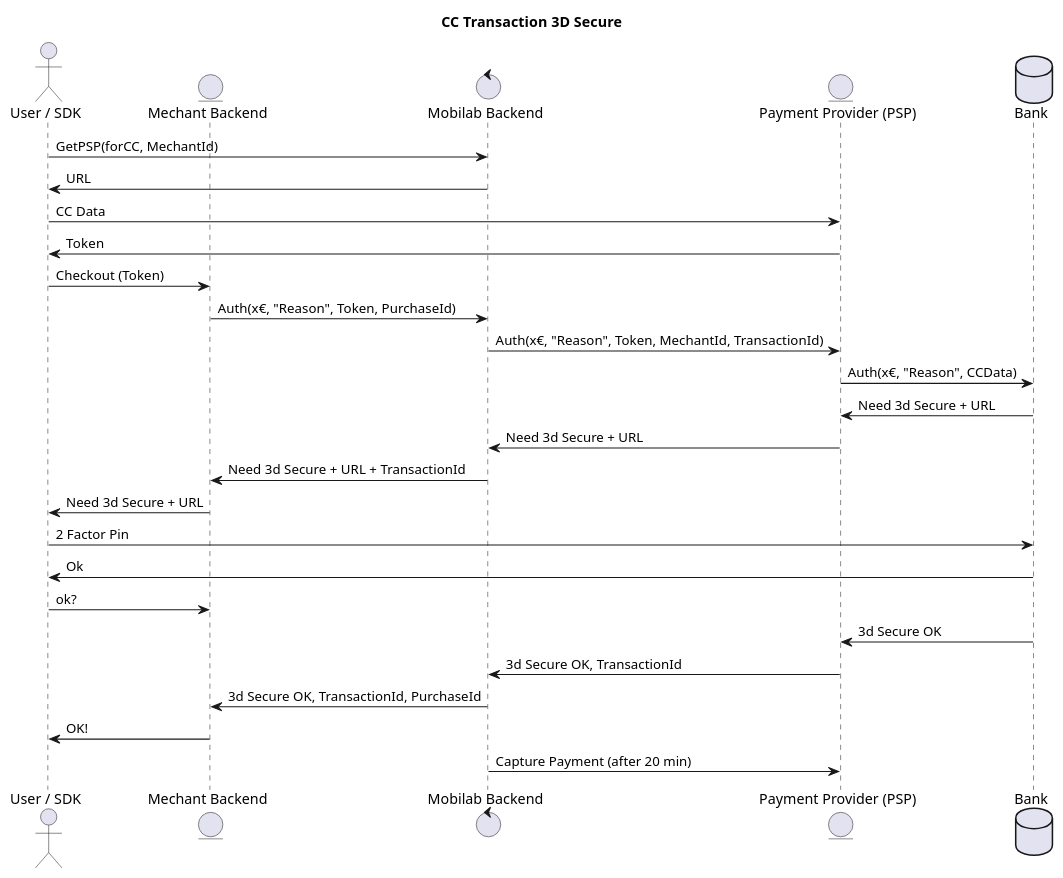
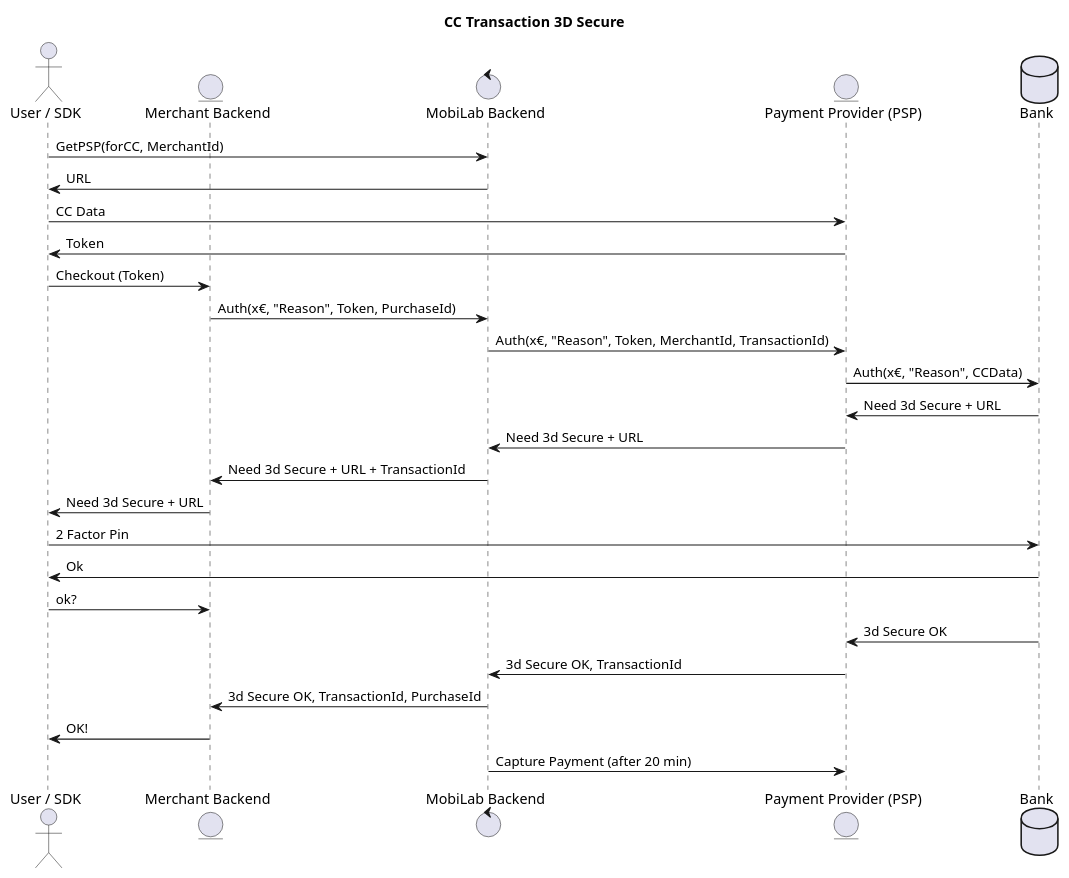
The diagram in diagrams/cc_transaction_3d.wsd (mobilabsolutions/stash-sdk-wiki), drawn with PlantUML before and after one commit. The commit also changed 13 other files, not shown here.

```diff
--- a/diagrams/cc_transaction_3d.wsd
+++ b/diagrams/cc_transaction_3d.wsd
@@ -1,38 +1,38 @@
 @startuml
 
 title "CC Transaction 3D Secure"
 
 actor "User / SDK" as User
-entity "Mechant Backend" as MEC
-control "Mobilab Backend" as MBE
+entity "Merchant Backend" as MEC
+control "MobiLab Backend" as MBE
 entity "Payment Provider (PSP)" as PSP
 database "Bank" 
 
-User -> MBE: GetPSP(forCC, MechantId)
+User -> MBE: GetPSP(forCC, MerchantId)
 MBE -> User: URL
 
 User -> PSP: CC Data
 PSP -> User: Token
 
 User -> MEC: Checkout (Token)
 MEC -> MBE: Auth(x€, "Reason", Token, PurchaseId)
-MBE -> PSP: Auth(x€, "Reason", Token, MechantId, TransactionId)
+MBE -> PSP: Auth(x€, "Reason", Token, MerchantId, TransactionId)
 PSP -> Bank: Auth(x€, "Reason", CCData)
 Bank -> PSP: Need 3d Secure + URL
 PSP -> MBE: Need 3d Secure + URL
 MBE -> MEC: Need 3d Secure + URL + TransactionId
 MEC -> User: Need 3d Secure + URL
 
 User -> Bank: 2 Factor Pin
 Bank -> User: Ok
 
 User -> MEC: ok?
 Bank -> PSP: 3d Secure OK
 PSP -> MBE: 3d Secure OK, TransactionId
 MBE -> MEC: 3d Secure OK, TransactionId, PurchaseId
 MEC -> User: OK!
 
 
 MBE -> PSP: Capture Payment (after 20 min)
 
 @enduml
```
